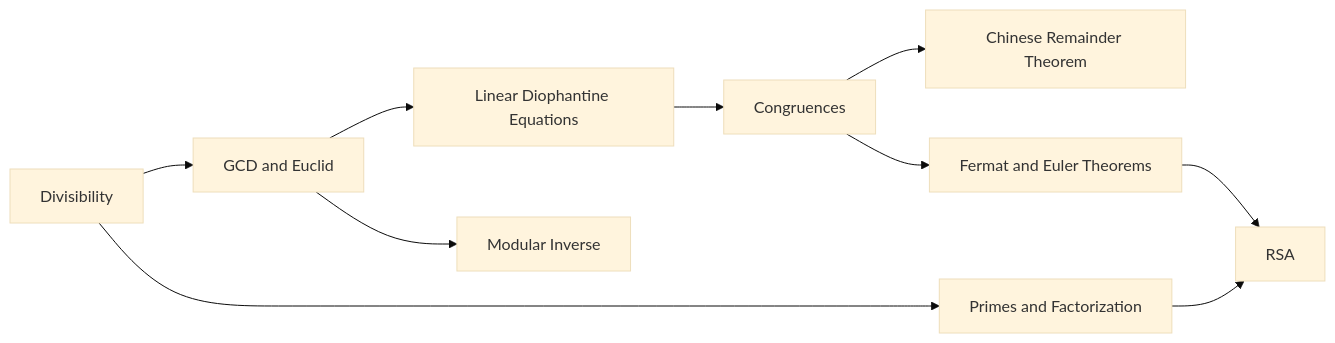
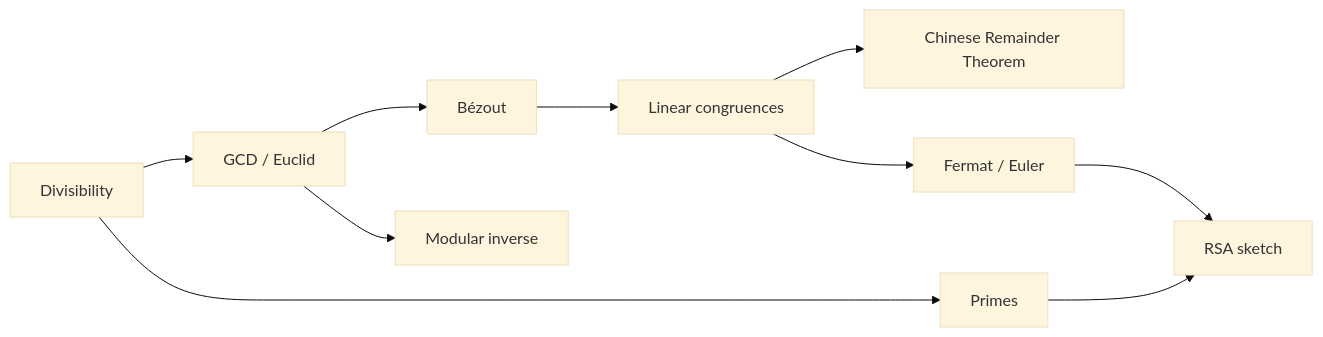
The diagram in books/Maths/content/09-Number-Theory/00-intro.md (kanthi/books), drawn with Mermaid (base theme) before and after one commit. The commit also changed other lines of this file and 45 other files, not shown here.

````diff
--- a/books/Maths/content/09-Number-Theory/00-intro.md
+++ b/books/Maths/content/09-Number-Theory/00-intro.md
@@ -15,12 +18,12 @@
 ```mermaid
 flowchart LR
-  A[Divisibility] --> B[GCD and Euclid]
-  B --> C[Linear Diophantine Equations]
-  B --> D[Modular Inverse]
-  C --> E[Congruences]
+  A[Divisibility] --> B[GCD / Euclid]
+  B --> C[Bézout]
+  B --> D[Modular inverse]
+  C --> E[Linear congruences]
   E --> F[Chinese Remainder Theorem]
-  E --> G[Fermat and Euler Theorems]
-  G --> H[RSA]
-  A --> I[Primes and Factorization]
+  E --> G[Fermat / Euler]
+  G --> H[RSA sketch]
+  A --> I[Primes]
   I --> H
 ```
````
